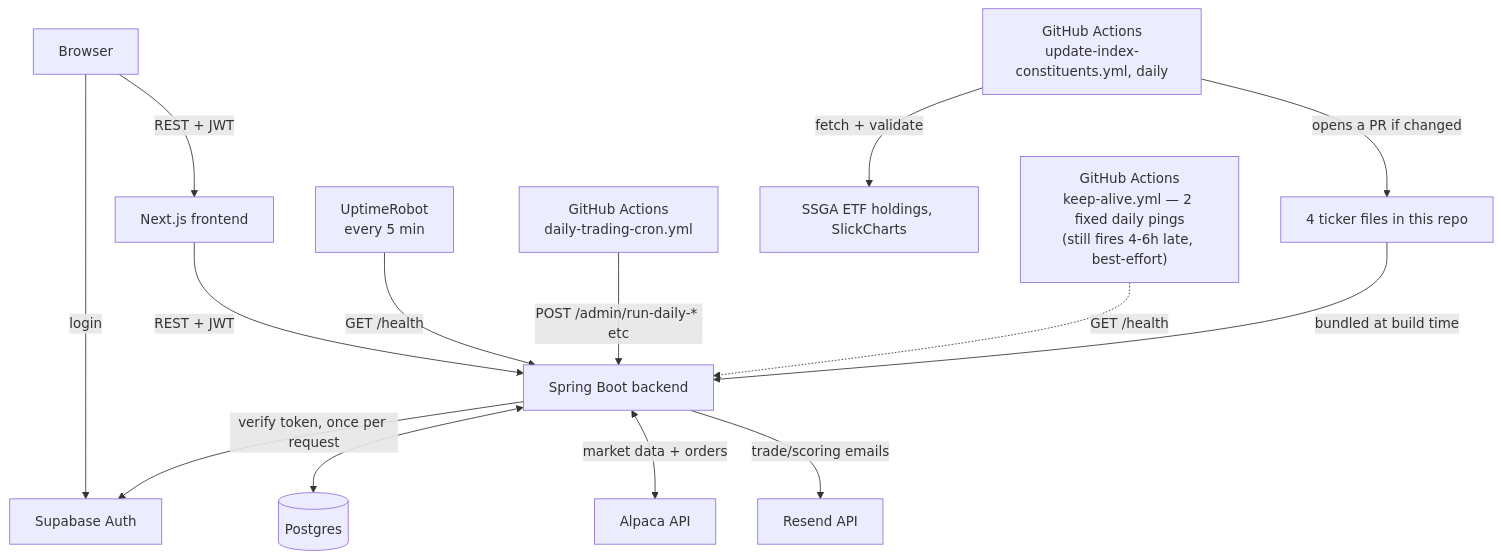
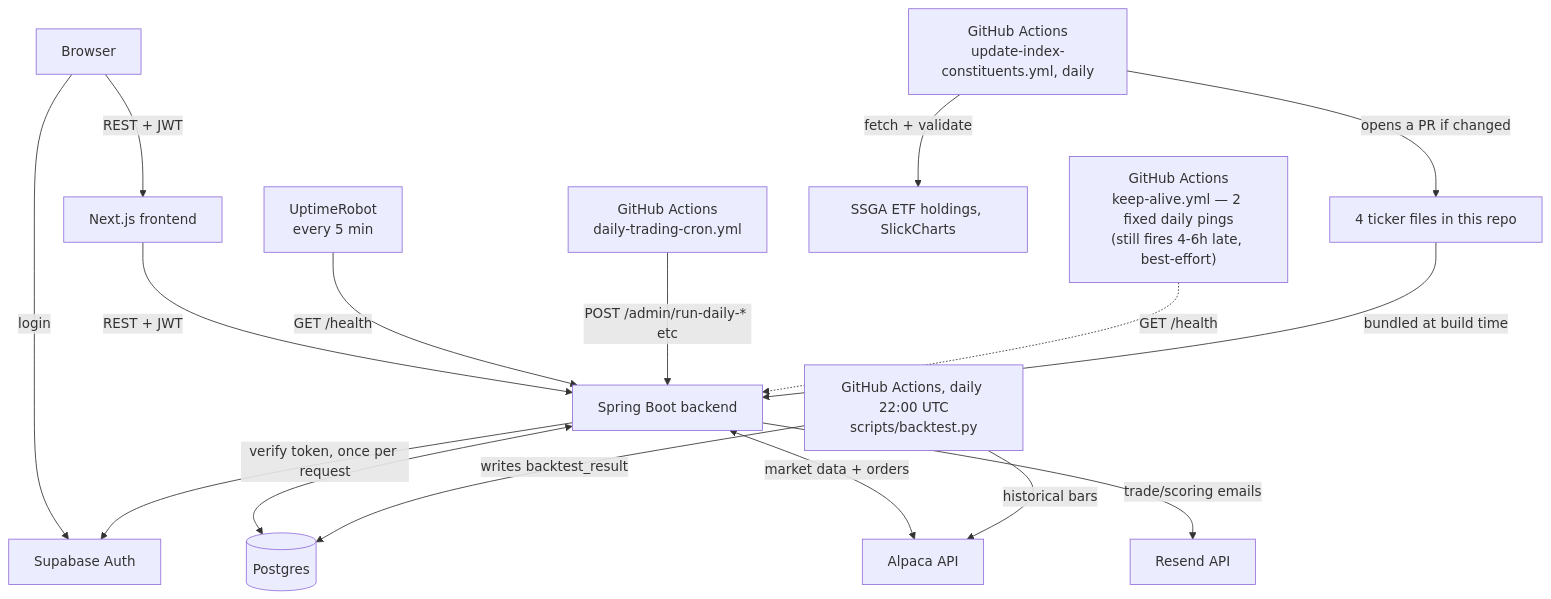
Before and after one commit to shivam-tamboli/momentum-trading-system: the diagram in docs/architecture-diagram.md, drawn with Mermaid. The commit also changed other lines of this file and 5 other files, not shown here.

````diff
--- a/docs/architecture-diagram.md
+++ b/docs/architecture-diagram.md
@@ -3,18 +3,21 @@
 ```mermaid
 flowchart TB
     User[Browser] -->|login| Supabase[Supabase Auth]
     User -->|REST + JWT| FE[Next.js frontend]
     FE -->|REST + JWT| BE[Spring Boot backend]
     BE -->|verify token, once per request| Supabase
     BE <--> DB[(Postgres)]
     BE <-->|market data + orders| Alpaca[Alpaca API]
     BE -->|trade/scoring emails| Email[Resend API]
 
     UR["UptimeRobot<br/>every 5 min"] -->|GET /health| BE
     GHACron["GitHub Actions<br/>daily-trading-cron.yml"] -->|POST /admin/run-daily-* etc| BE
     GHAKeep["GitHub Actions<br/>keep-alive.yml — 2 fixed daily pings<br/>(still fires 4-6h late, best-effort)"] -.->|GET /health| BE
 
     GHAIndex["GitHub Actions<br/>update-index-constituents.yml, daily"] -->|fetch + validate| Sources[SSGA ETF holdings, SlickCharts]
     GHAIndex -->|opens a PR if changed| Repo[4 ticker files in this repo]
     Repo -->|bundled at build time| BE
+
+    GHBT["GitHub Actions, daily 22:00 UTC<br/>scripts/backtest.py"] -->|historical bars| Alpaca
+    GHBT -->|writes backtest_result| DB
 ```
````
